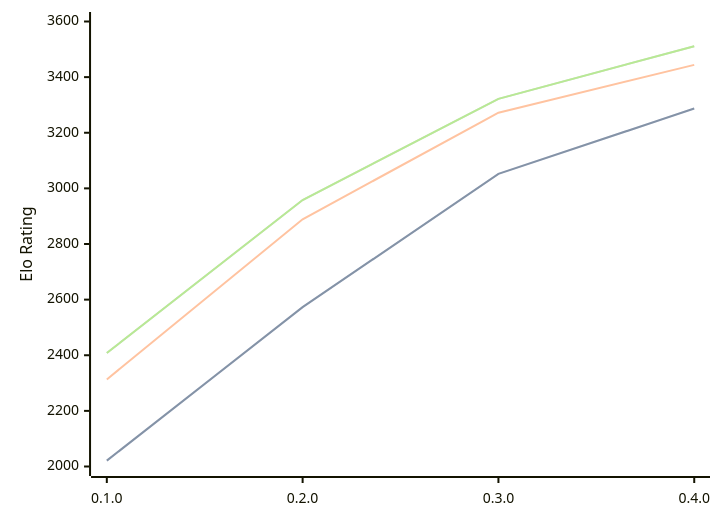
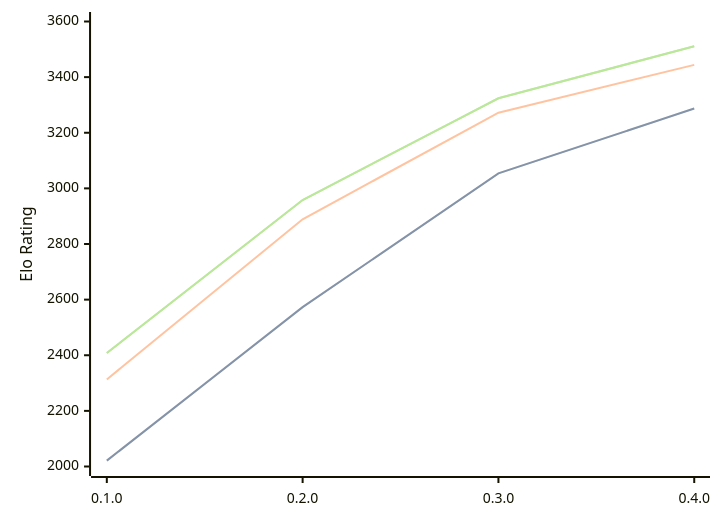
One commit to computer-chess-index/cci changed the diagram in engines/Justbot.md. Above: the diagram before and after it, drawn with Mermaid. The commit also changed other lines of this file, not shown here.

Commit message:
Update CCI Ratings (ELO VLTC) - 2026-08-30

````diff
--- a/engines/Justbot.md
+++ b/engines/Justbot.md
@@ -34,11 +34,11 @@
 ```mermaid
 %%{init: {"theme":"base","themeVariables":{"seriesColors:['#a3a3a3','#222221','#faa371']}}}%%
 xychart-beta
   x-axis ["0.1.0", "0.2.0", "0.3.0", "0.4.0"]
   y-axis "Elo Rating" 2000 --> 3600
-  line "" [2021, 2573, 3052, 3287]
-  line "STC (8.0+0.08s)" [2021, 2573, 3052, 3287]
+  line "" [2021, 2573, 3054, 3287]
+  line "STC (8.0+0.08s)" [2021, 2573, 3054, 3287]
   line "LTC (60.0+0.60s)" [2313, 2889, 3272, 3444]
-  line "" [2408, 2958, 3322, 3511]
-  line "VLTC (2m24s+1.12s)" [2408, 2958, 3322, 3511]
+  line "" [2408, 2958, 3324, 3511]
+  line "VLTC (2m24s+1.12s)" [2408, 2958, 3324, 3511]
 ```
````
